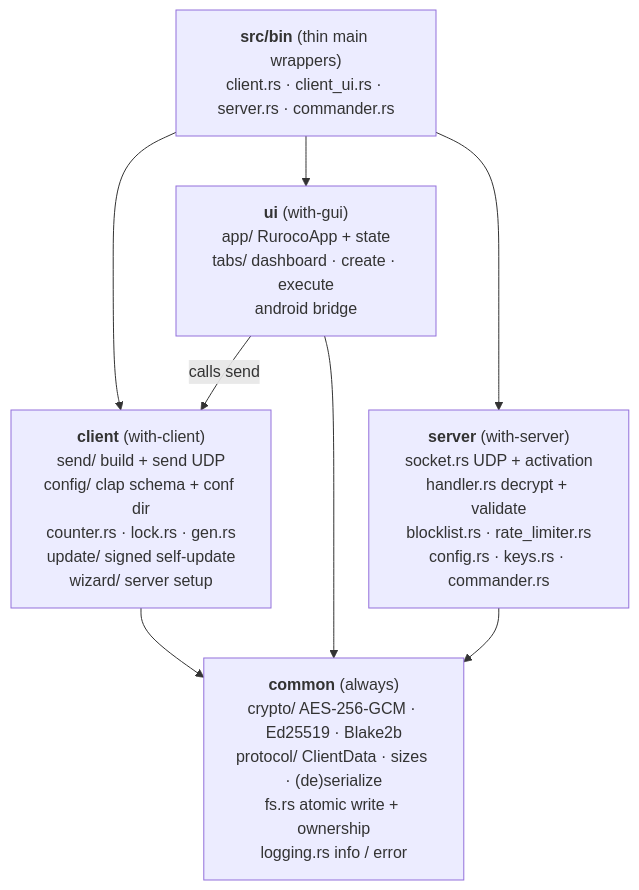
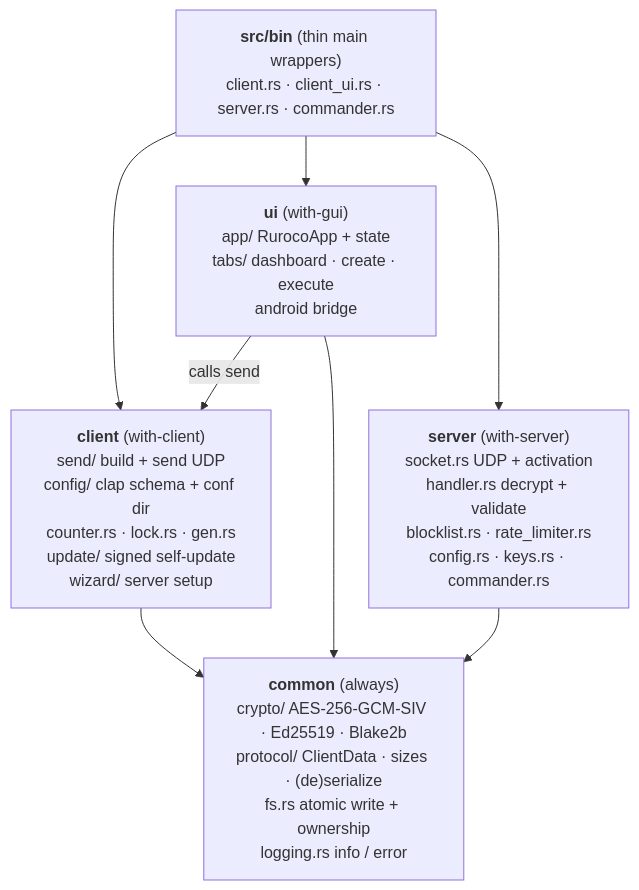
The diagram in docs/src/architecture/modules.md (yonasBSD/ruroco), drawn with Mermaid before and after one commit. The commit also changed other lines of this file and 17 other files, not shown here.

Commit message:
switch to AES-256-GCM-SIV - see comments I you want to know why

````diff
--- a/docs/src/architecture/modules.md
+++ b/docs/src/architecture/modules.md
@@ -41,16 +41,16 @@
 ```mermaid
 flowchart TB
     bins["<b>src/bin</b> (thin main wrappers)<br/>client.rs · client_ui.rs · server.rs · commander.rs"]
     client["<b>client</b> (with-client)<br/>send/ build + send UDP<br/>config/ clap schema + conf dir<br/>counter.rs · lock.rs · gen.rs<br/>update/ signed self-update<br/>wizard/ server setup"]
     ui["<b>ui</b> (with-gui)<br/>app/ RurocoApp + state<br/>tabs/ dashboard · create · execute<br/>android bridge"]
     server["<b>server</b> (with-server)<br/>socket.rs UDP + activation<br/>handler.rs decrypt + validate<br/>blocklist.rs · rate_limiter.rs<br/>config.rs · keys.rs · commander.rs"]
-    common["<b>common</b> (always)<br/>crypto/ AES-256-GCM · Ed25519 · Blake2b<br/>protocol/ ClientData · sizes · (de)serialize<br/>fs.rs atomic write + ownership<br/>logging.rs info / error"]
+    common["<b>common</b> (always)<br/>crypto/ AES-256-GCM-SIV · Ed25519 · Blake2b<br/>protocol/ ClientData · sizes · (de)serialize<br/>fs.rs atomic write + ownership<br/>logging.rs info / error"]
 
     bins --> client
     bins --> ui
     bins --> server
     ui -->|calls send| client
     client --> common
     server --> common
     ui --> common
 ```
````
